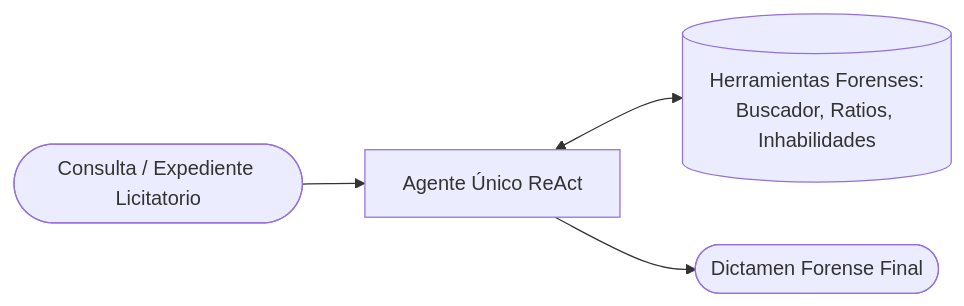
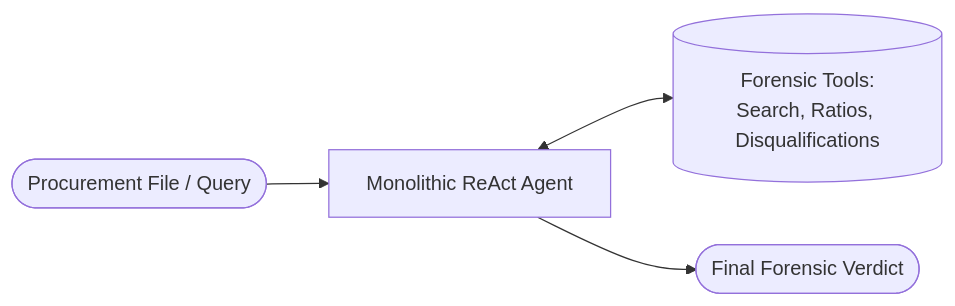
The first of 3 diagrams in README.md (EstebanGZam/multi-agent), drawn with Mermaid before and after one commit. The commit also changed other lines of this file and 1 other file, not shown here.

````diff
--- a/README.md
+++ b/README.md
@@ -39,6 +39,6 @@
 ```mermaid
 flowchart LR
-    User([Consulta / Expediente Licitatorio]) --> Agent[Agente Único ReAct]
-    Agent <--> Tools[(Herramientas Forenses:\nBuscador, Ratios, Inhabilidades)]
-    Agent --> Verdict([Dictamen Forense Final])
+    User([Procurement File / Query]) --> Agent[Monolithic ReAct Agent]
+    Agent <--> Tools[(Forensic Tools:\nSearch, Ratios, Disqualifications)]
+    Agent --> Verdict([Final Forensic Verdict])
 ```
````
